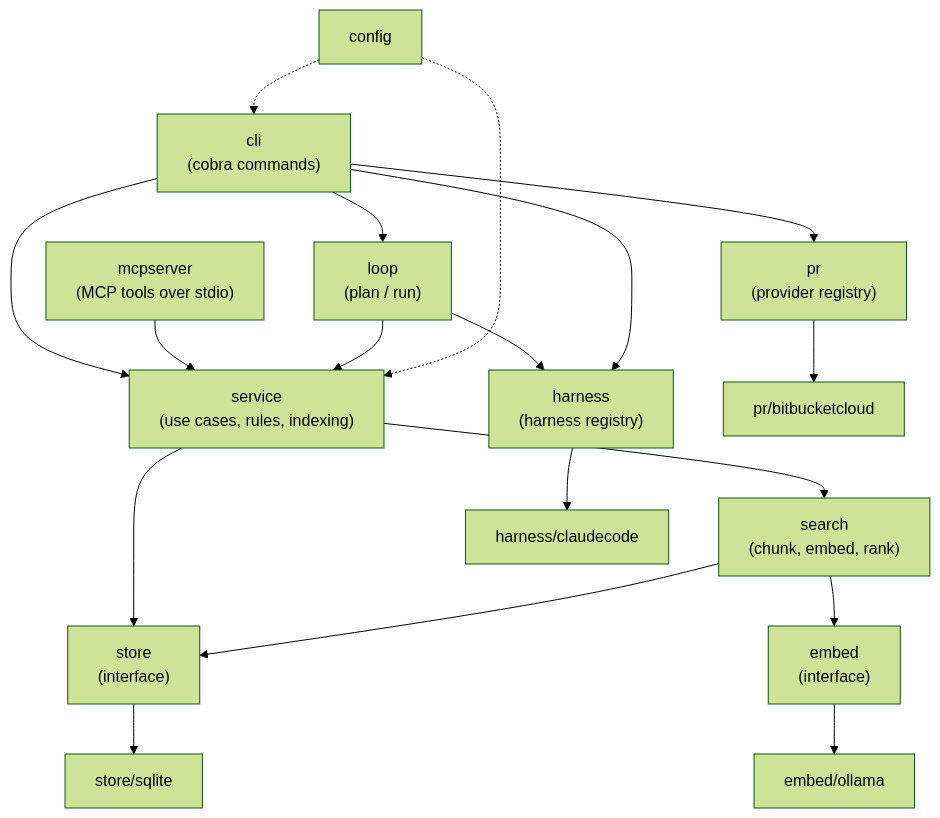
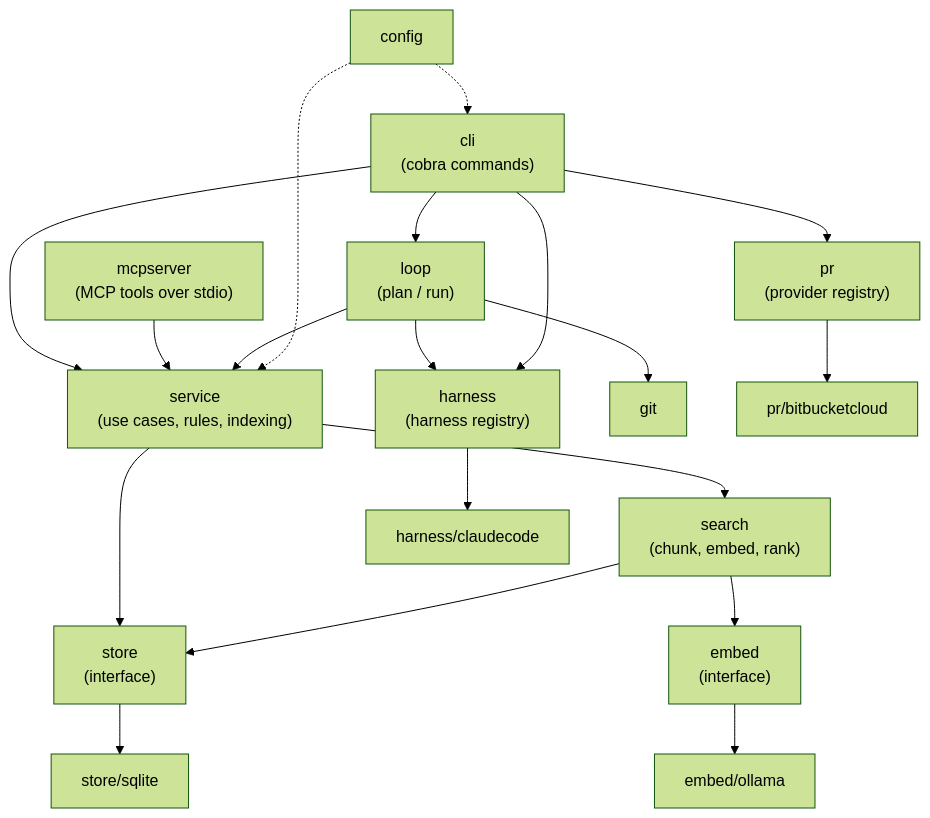
One commit to bengearig/ralph-cli changed the first of 2 diagrams in docs/architecture.md. Above: the diagram before and after it, drawn with Mermaid (forest theme). The commit also changed other lines of this file and 38 other files, not shown here.

````diff
--- a/docs/architecture.md
+++ b/docs/architecture.md
@@ -7,20 +7,21 @@
 ```mermaid
 flowchart TD
     CLI["cli<br/>(cobra commands)"] --> SVC
     MCP["mcpserver<br/>(MCP tools over stdio)"] --> SVC
     LOOP["loop<br/>(plan / run)"] --> SVC
     LOOP --> H
+    LOOP --> GIT["git"]
     CLI --> LOOP
     CLI --> PR["pr<br/>(provider registry)"]
     CLI --> H["harness<br/>(harness registry)"]
     SVC["service<br/>(use cases, rules, indexing)"] --> ST["store<br/>(interface)"]
     SVC --> SR["search<br/>(chunk, embed, rank)"]
     SR --> ST
     SR --> EM["embed<br/>(interface)"]
     ST --> SQL["store/sqlite"]
     EM --> OL["embed/ollama"]
     H --> CC["harness/claudecode"]
     PR --> BB["pr/bitbucketcloud"]
     CFG["config"] -.-> CLI
     CFG -.-> SVC
 ```
````
